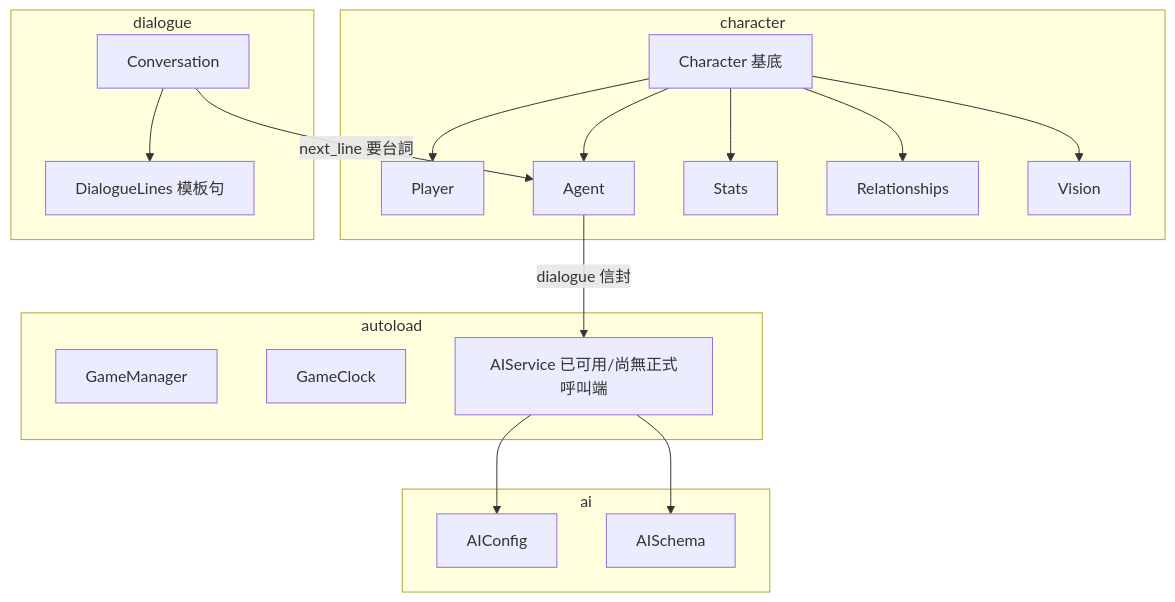
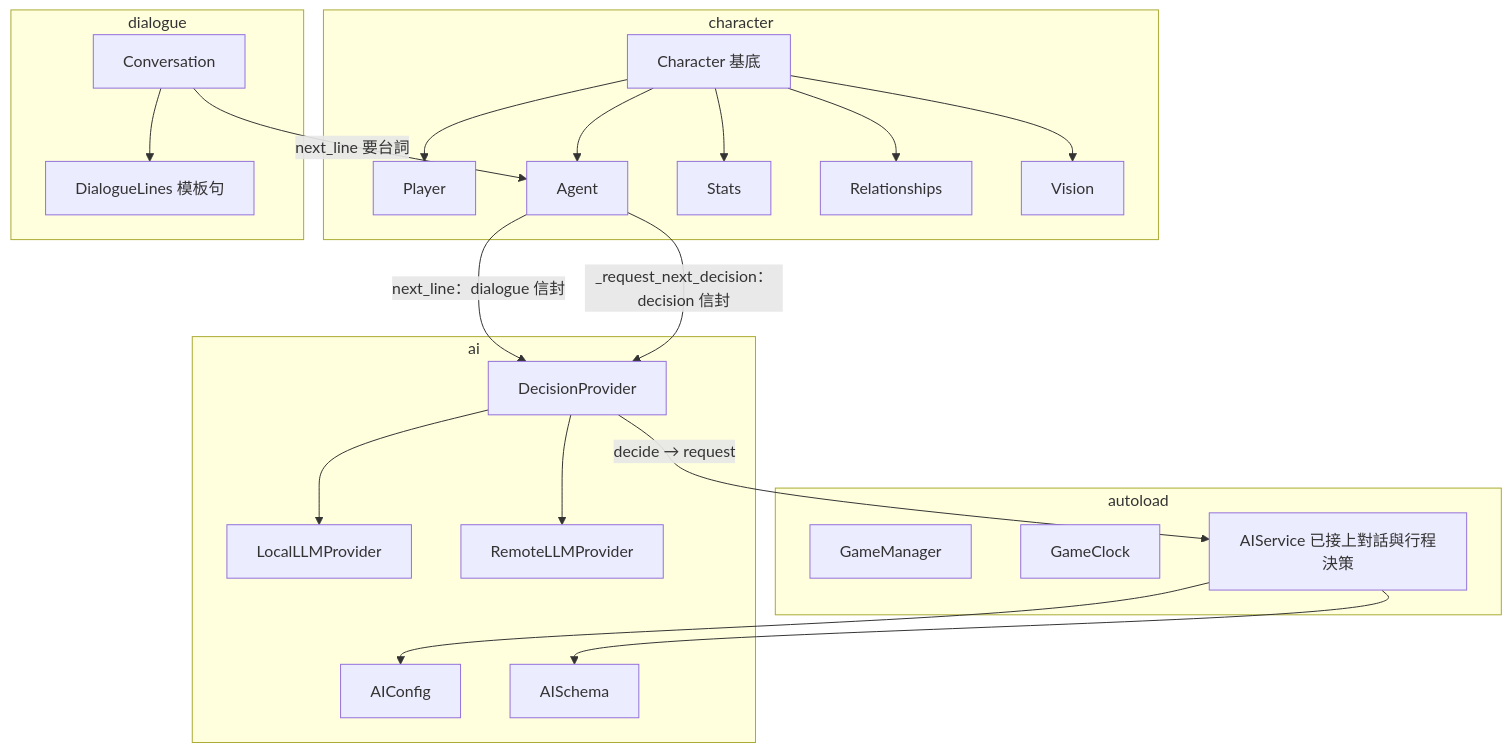
Before and after one commit to adez360/Ailley: the fifth of 7 diagrams in note/規格書/13_系統分析與系統設計.md, drawn with Mermaid.

Commit message:
docs: 同步《13》§3-2 元件圖，補上行程決策路徑與 DecisionProvider (#143)
CodeRabbit review 抓到圖與內文互相矛盾：AIService 標籤還寫「尚無正式呼叫端」，
圖上也只畫了對話路徑。改成 Agent 兩條路徑都經 DecisionProvider 打 AIService。

````diff
--- a/note/規格書/13_系統分析與系統設計.md
+++ b/note/規格書/13_系統分析與系統設計.md
@@ -240,24 +240,28 @@
 ```mermaid
 graph TB
     subgraph autoload
         GM[GameManager]
         GC[GameClock]
-        AIS[AIService 已可用/尚無正式呼叫端]
+        AIS[AIService 已接上對話與行程決策]
     end
     subgraph character
         Char[Character 基底] --> Player
         Char --> Agent
         Char --> Stats
         Char --> Relationships
         Char --> Vision
     end
     subgraph dialogue
         Conv[Conversation] --> DL[DialogueLines 模板句]
     end
     subgraph ai
         AIS --> AIConfig
         AIS --> AISchema
+        DP[DecisionProvider] --> LocalLLMProvider
+        DP --> RemoteLLMProvider
     end
     Conv -->|next_line 要台詞| Agent
-    Agent -->|dialogue 信封| AIS
+    Agent -->|"next_line：dialogue 信封"| DP
+    Agent -->|"_request_next_decision：decision 信封"| DP
+    DP -->|"decide → request"| AIS
 ```
````
